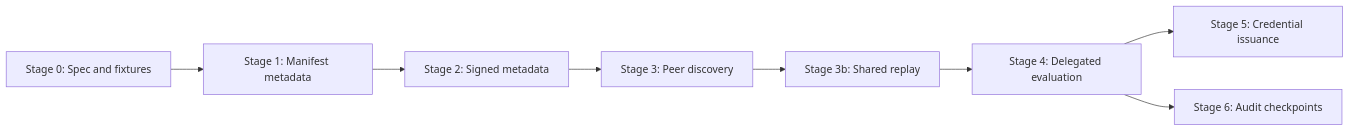
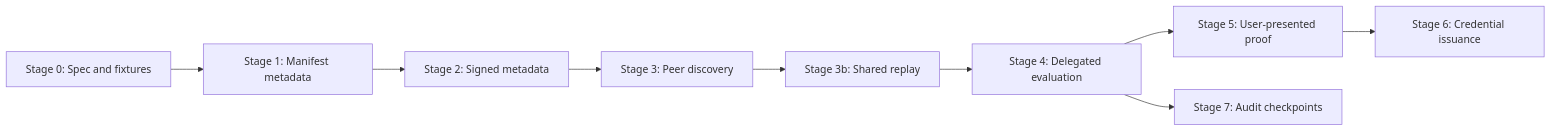
One commit to jeremi/evidence-server changed the ninth of 9 diagrams in docs/federated-witness-manifest-spec.md. Above: the diagram before and after it, drawn with Mermaid. The commit also changed other lines of this file and 8 other files, not shown here.

````diff
--- a/docs/federated-witness-manifest-spec.md
+++ b/docs/federated-witness-manifest-spec.md
@@ -1160,16 +1321,18 @@
 ```mermaid
 flowchart LR
   S0["Stage 0: Spec and fixtures"]
   S1["Stage 1: Manifest metadata"]
   S2["Stage 2: Signed metadata"]
   S3["Stage 3: Peer discovery"]
   S3b["Stage 3b: Shared replay"]
   S4["Stage 4: Delegated evaluation"]
-  S5["Stage 5: Credential issuance"]
-  S6["Stage 6: Audit checkpoints"]
+  S5["Stage 5: User-presented proof"]
+  S6["Stage 6: Credential issuance"]
+  S7["Stage 7: Audit checkpoints"]
 
   S0 --> S1 --> S2 --> S3
   S3 --> S3b --> S4
   S4 --> S5
-  S4 --> S6
+  S5 --> S6
+  S4 --> S7
 ```
````
